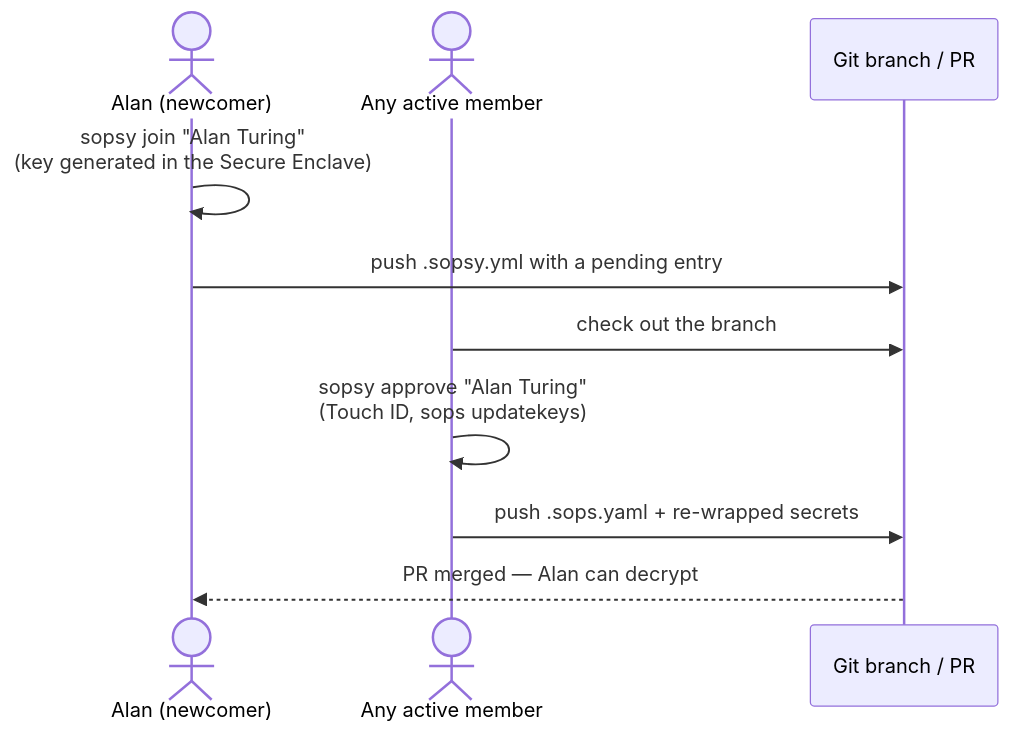
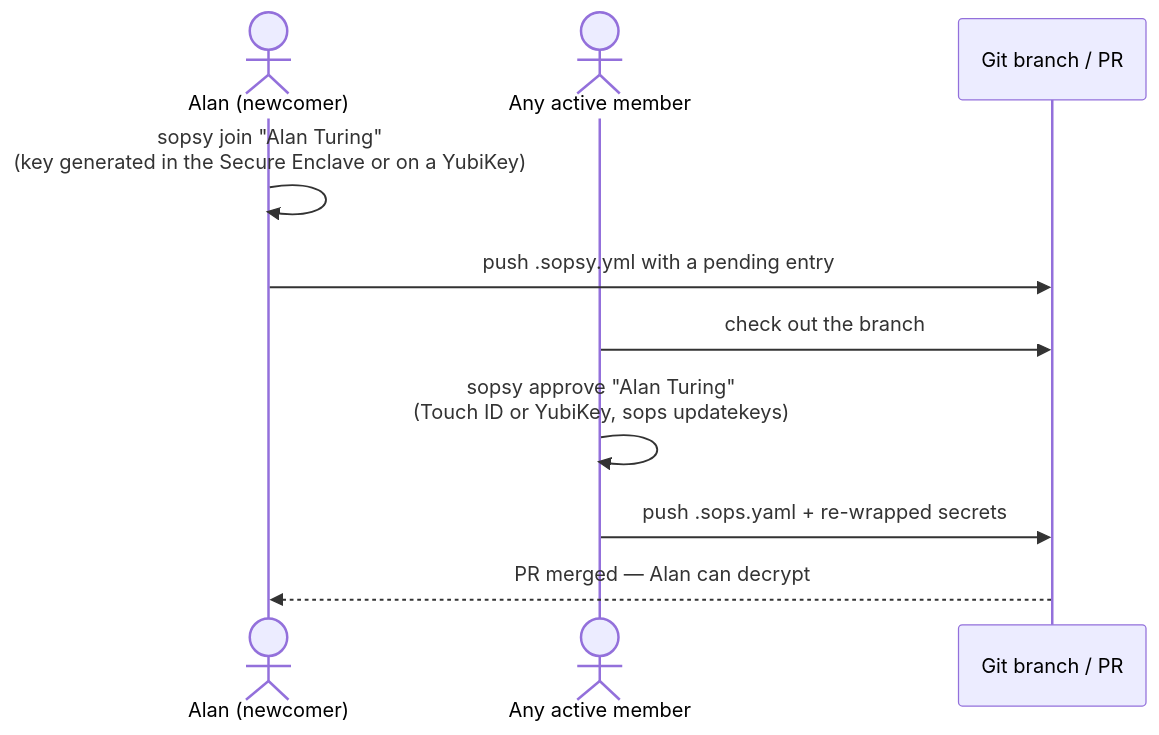
The first of 4 diagrams in README.md (kigster/sopsy), drawn with Mermaid before and after one commit. The commit also changed other lines of this file, not shown here.

First line of the commit message:
Describe every key store in the README

````diff
--- a/README.md
+++ b/README.md
@@ -170,12 +170,12 @@
 ```mermaid
 sequenceDiagram
     actor New as Alan (newcomer)
     actor Member as Any active member
     participant Repo as Git branch / PR
-    New->>New: sopsy join "Alan Turing"<br/>(key generated in the Secure Enclave)
+    New->>New: sopsy join "Alan Turing"<br/>(key generated in the Secure Enclave or on a YubiKey)
     New->>Repo: push .sopsy.yml with a pending entry
     Member->>Repo: check out the branch
-    Member->>Member: sopsy approve "Alan Turing"<br/>(Touch ID, sops updatekeys)
+    Member->>Member: sopsy approve "Alan Turing"<br/>(Touch ID or YubiKey, sops updatekeys)
     Member->>Repo: push .sops.yaml + re-wrapped secrets
     Repo-->>New: PR merged — Alan can decrypt
 ```
````
